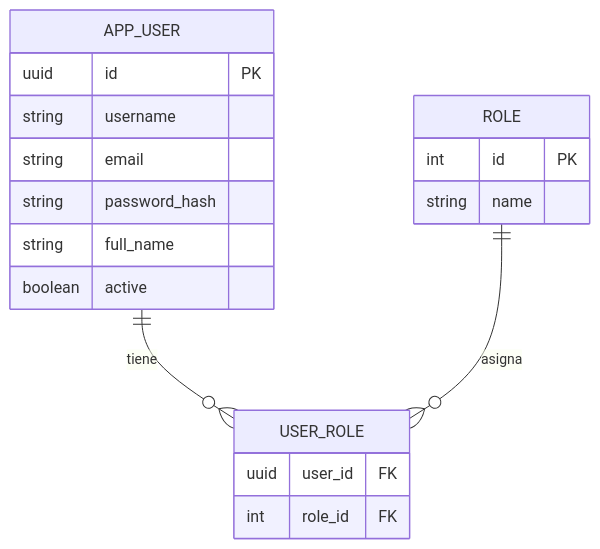
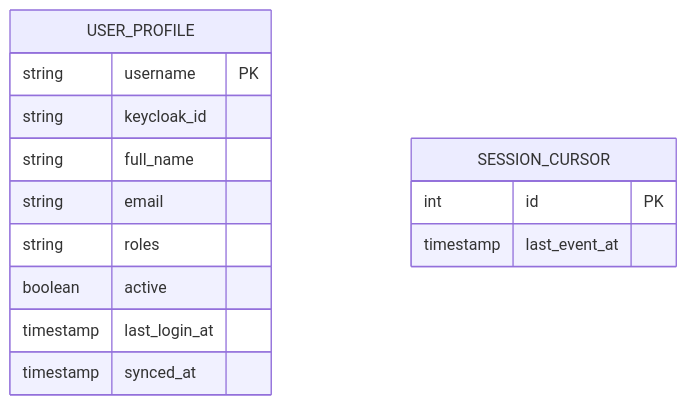
One commit to DVLASZ/banco-preguntas-saberpro changed diagram 15 of 27 in docs/corte-2/03-arquitectura-c4-uml.md. Above: the diagram before and after it, drawn with Mermaid. The commit also changed other lines of this file and 83 other files, not shown here.

Commit message:
Documentación de la arquitectura de 14 servicios: historias, contextos y eventos, C4, patrones y prototipos, con todos los diagramas

````diff
--- a/docs/corte-2/03-arquitectura-c4-uml.md
+++ b/docs/corte-2/03-arquitectura-c4-uml.md
@@ -242,21 +510,17 @@
 ```mermaid
 erDiagram
-  APP_USER ||--o{ USER_ROLE : tiene
-  ROLE ||--o{ USER_ROLE : asigna
-  APP_USER {
-    uuid id PK
-    string username
+  USER_PROFILE {
+    string username PK
+    string keycloak_id
+    string full_name
     string email
-    string password_hash
-    string full_name
+    string roles
     boolean active
+    timestamp last_login_at
+    timestamp synced_at
   }
-  ROLE {
+  SESSION_CURSOR {
     int id PK
-    string name
-  }
-  USER_ROLE {
-    uuid user_id FK
-    int role_id FK
+    timestamp last_event_at
   }
 ```
````
